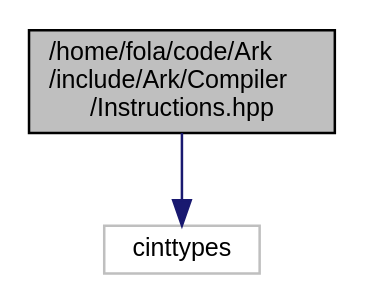
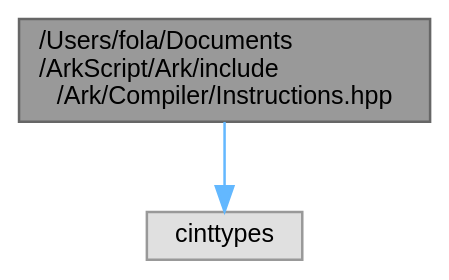
The diagram in impl/df/dee/Instructions_8hpp__incl.dot (ArkScript-lang/old-website), drawn with Graphviz before and after one commit. The commit also changed 1565 other files, not shown here.

```diff
--- a/impl/df/dee/Instructions_8hpp__incl.dot
+++ b/impl/df/dee/Instructions_8hpp__incl.dot
@@ -1,10 +1,11 @@
-digraph "/home/fola/code/Ark/include/Ark/Compiler/Instructions.hpp"
+digraph "/Users/fola/Documents/ArkScript/Ark/include/Ark/Compiler/Instructions.hpp"
 {
  // INTERACTIVE_SVG=YES
  // LATEX_PDF_SIZE
-  edge [fontname="Helvetica",fontsize="10",labelfontname="Helvetica",labelfontsize="10"];
-  node [fontname="Helvetica",fontsize="10",shape=record];
-  Node1 [label="/home/fola/code/Ark\l/include/Ark/Compiler\l/Instructions.hpp",height=0.2,width=0.4,color="black", fillcolor="grey75", style="filled", fontcolor="black",tooltip="The different instructions used by the compiler and virtual machine."];
-  Node1 -> Node2 [color="midnightblue",fontsize="10",style="solid",fontname="Helvetica"];
-  Node2 [label="cinttypes",height=0.2,width=0.4,color="grey75", fillcolor="white", style="filled",tooltip=" "];
+  bgcolor="transparent";
+  edge [fontname=Helvetica,fontsize=10,labelfontname=Helvetica,labelfontsize=10];
+  node [fontname=Helvetica,fontsize=10,shape=box,height=0.2,width=0.4];
+  Node1 [label="/Users/fola/Documents\l/ArkScript/Ark/include\l/Ark/Compiler/Instructions.hpp",height=0.2,width=0.4,color="gray40", fillcolor="grey60", style="filled", fontcolor="black",tooltip="The different instructions used by the compiler and virtual machine."];
+  Node1 -> Node2 [color="steelblue1",style="solid"];
+  Node2 [label="cinttypes",height=0.2,width=0.4,color="grey60", fillcolor="#E0E0E0", style="filled",tooltip=" "];
 }
```
